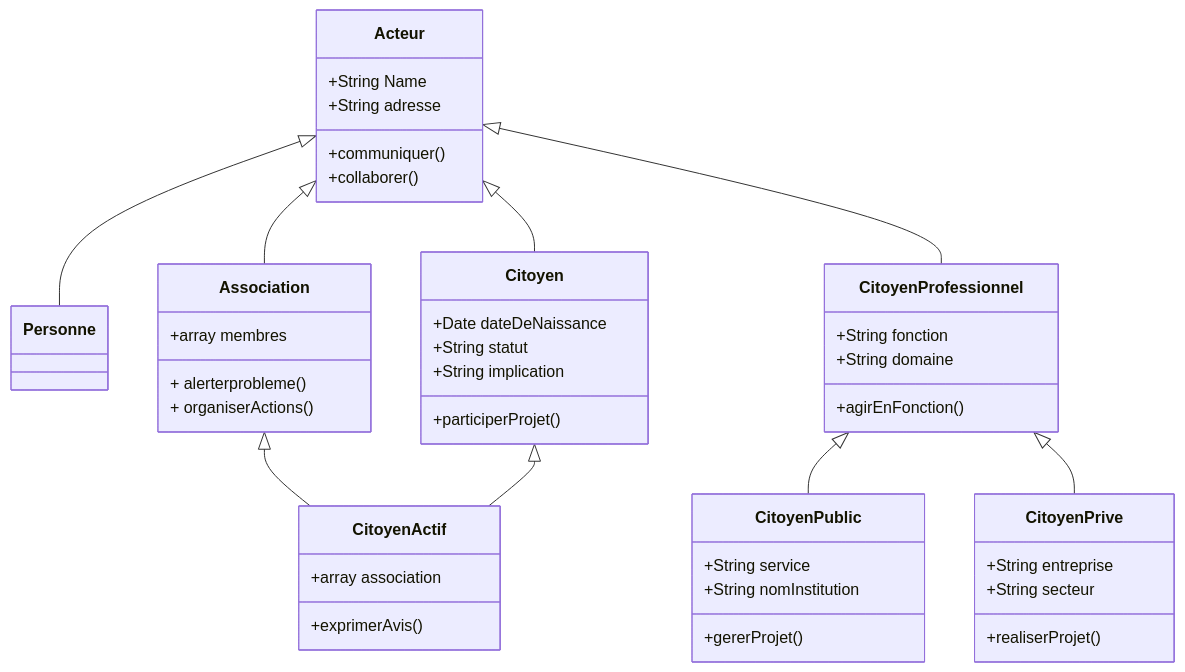
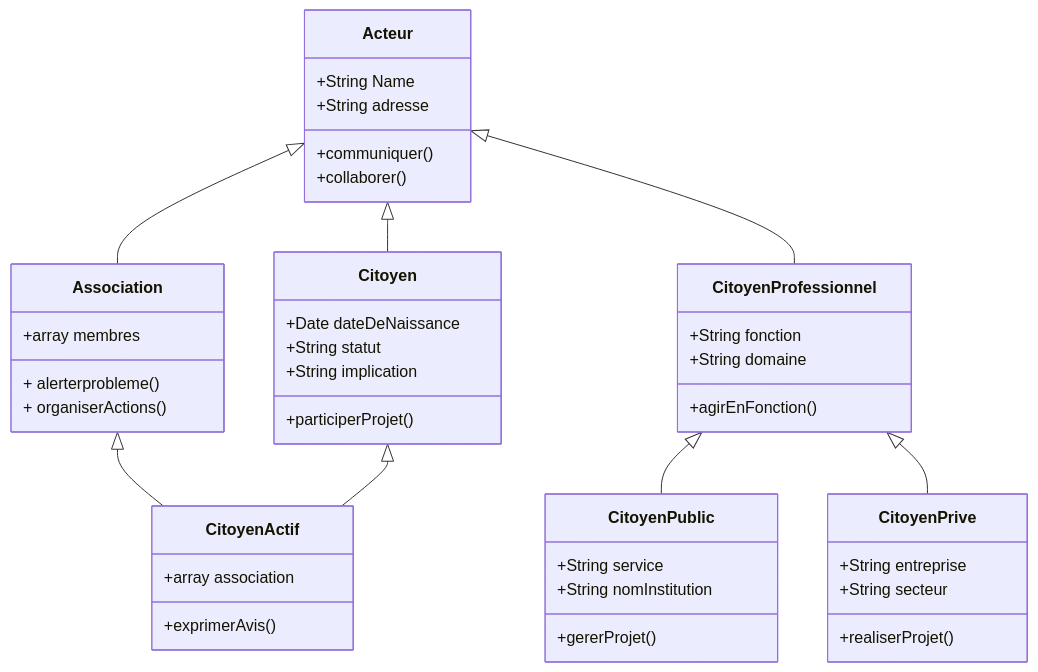
One commit to kahiarchi/plaine---saint--Denis---batiment- changed the diagram in acteurskahiachi3.md. Above: the diagram before and after it, drawn with Mermaid.

````diff
--- a/acteurskahiachi3.md
+++ b/acteurskahiachi3.md
@@ -1,54 +1,54 @@
 ```mermaid
 classDiagram
-     Acteur <|-- Personne
+     
    Acteur <|-- Association
     Acteur <|-- Citoyen
      Association <|-- CitoyenActif
     Citoyen <|-- CitoyenActif
     Acteur <|-- CitoyenProfessionnel
     CitoyenProfessionnel <|-- CitoyenPublic
     CitoyenProfessionnel <|-- CitoyenPrive
 
 
     Acteur : +String Name
     Acteur : +String adresse
     Acteur: +communiquer()
     Acteur: +collaborer()
 
 
   class Citoyen {
      +Date   dateDeNaissance
      +String statut 
      +String implication
      +participerProjet()
   }
 
    class Association{
 
     +array membres 
     + alerterprobleme()
     + organiserActions()
     }
   class CitoyenActif {
      +array association
      +exprimerAvis()
   }
 
   class CitoyenProfessionnel {
      +String fonction
      +String domaine
      +agirEnFonction()
   }
 
   class CitoyenPublic {
      +String service
      +String nomInstitution
      +gererProjet()
   }
 
   class CitoyenPrive {
      +String entreprise
      +String secteur
      +realiserProjet()
   }
 ```
````
